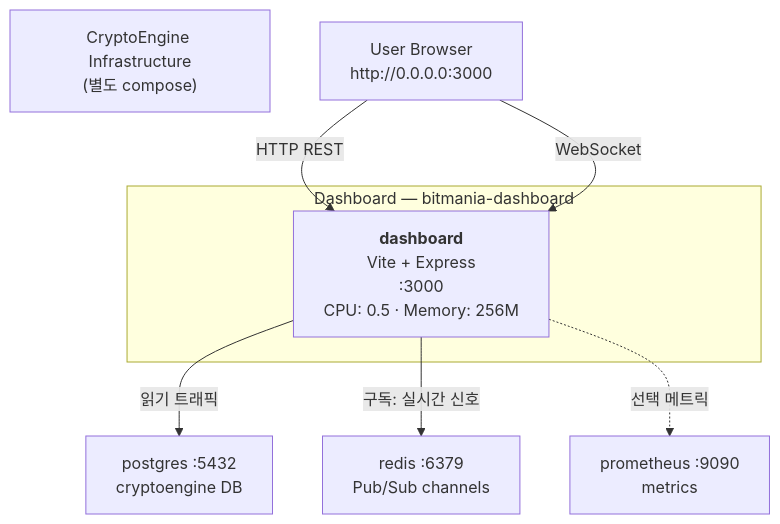
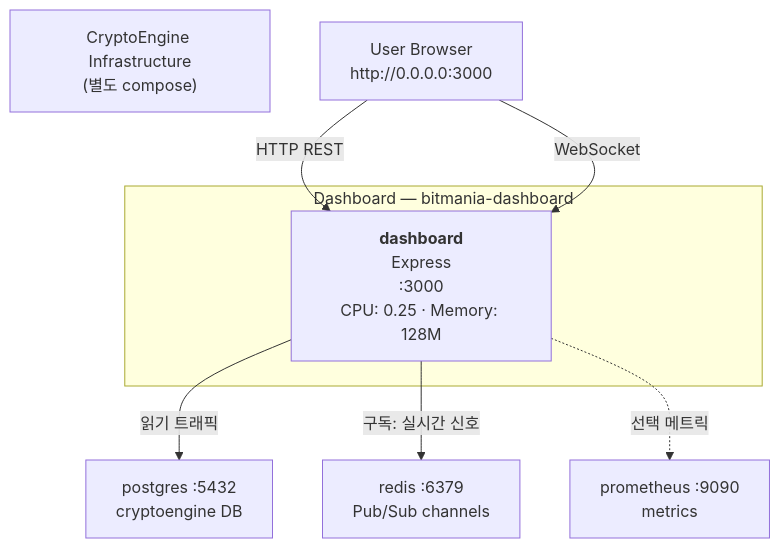
Before and after one commit to Justant-source/Bit-Mania: the third of 3 diagrams in docs/20-containers/containers.md, drawn with Mermaid. The commit also changed other lines of this file and 43 other files, not shown here.

````diff
--- a/docs/20-containers/containers.md
+++ b/docs/20-containers/containers.md
@@ -189,19 +189,19 @@
 ```mermaid
 flowchart TB
   subgraph dash_stack["Dashboard — bitmania-dashboard"]
-    dashboard_svc["<b>dashboard</b><br/>Vite + Express<br/>:3000<br/>CPU: 0.5 · Memory: 256M"]
+    dashboard_svc["<b>dashboard</b><br/>Express<br/>:3000<br/>CPU: 0.25 · Memory: 128M"]
   end
 
   ce_infra["CryptoEngine Infrastructure<br/>(별도 compose)"]
   ce_pg["postgres :5432<br/>cryptoengine DB"]
   ce_redis["redis :6379<br/>Pub/Sub channels"]
   ce_prometheus["prometheus :9090<br/>metrics"]
 
   dashboard_svc -->|"읽기 트래픽"| ce_pg
   dashboard_svc -->|"구독: 실시간 신호"| ce_redis
   dashboard_svc -.->|"선택 메트릭"| ce_prometheus
 
   client["User Browser<br/>http://0.0.0.0:3000"]
   client -->|"HTTP REST"| dashboard_svc
   client -->|"WebSocket"| dashboard_svc
 ```
````
